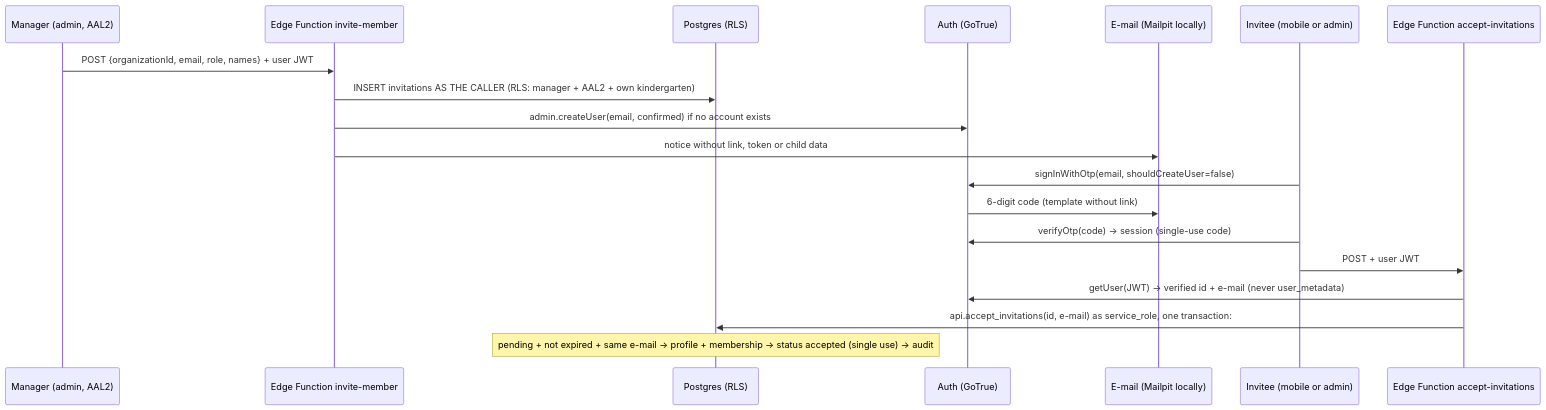
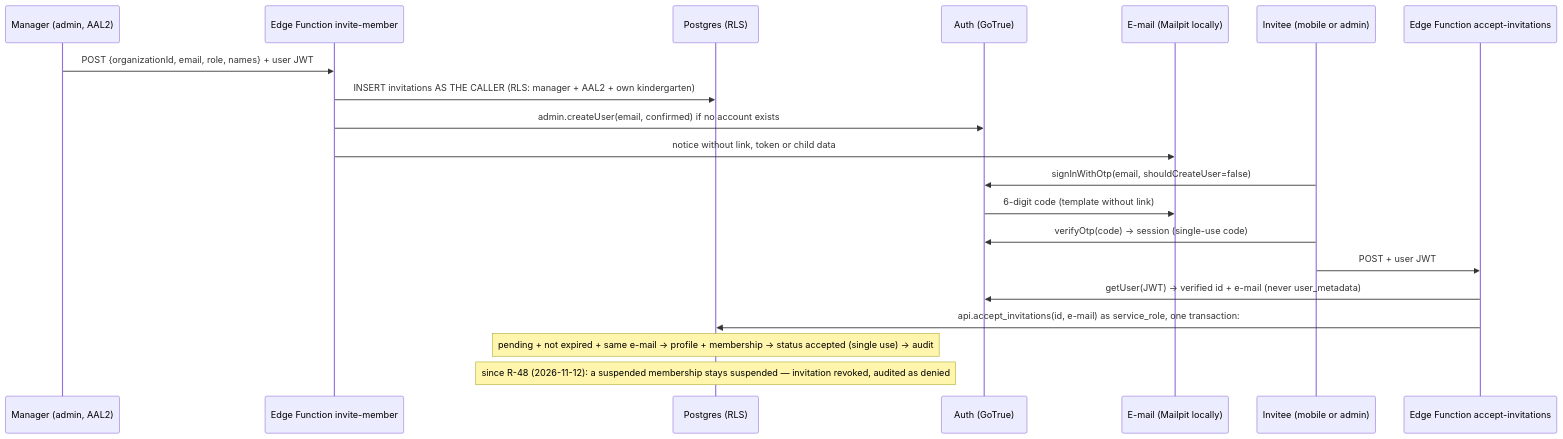
One commit to rJovicic/Vrti-kOS changed the diagram in docs/architecture/d1-implementation.md. Above: the diagram before and after it, drawn with Mermaid. The commit also changed 8 other files, not shown here.

````diff
--- a/docs/architecture/d1-implementation.md
+++ b/docs/architecture/d1-implementation.md
@@ -17,21 +17,22 @@
 ```mermaid
 sequenceDiagram
   participant M as Manager (admin, AAL2)
   participant IF as Edge Function invite-member
   participant DB as Postgres (RLS)
   participant A as Auth (GoTrue)
   participant E as E-mail (Mailpit locally)
   participant U as Invitee (mobile or admin)
   participant AF as Edge Function accept-invitations
   M->>IF: POST {organizationId, email, role, names} + user JWT
   IF->>DB: INSERT invitations AS THE CALLER (RLS: manager + AAL2 + own kindergarten)
   IF->>A: admin.createUser(email, confirmed) if no account exists
   IF->>E: notice without link, token or child data
   U->>A: signInWithOtp(email, shouldCreateUser=false)
   A->>E: 6-digit code (template without link)
   U->>A: verifyOtp(code) → session (single-use code)
   U->>AF: POST + user JWT
   AF->>A: getUser(JWT) → verified id + e-mail (never user_metadata)
   AF->>DB: api.accept_invitations(id, e-mail) as service_role, one transaction:
   Note over DB: pending + not expired + same e-mail → profile + membership → status accepted (single use) → audit
+  Note over DB: since R-48 (2026-11-12): a suspended membership stays suspended — invitation revoked, audited as denied
 ```
````
